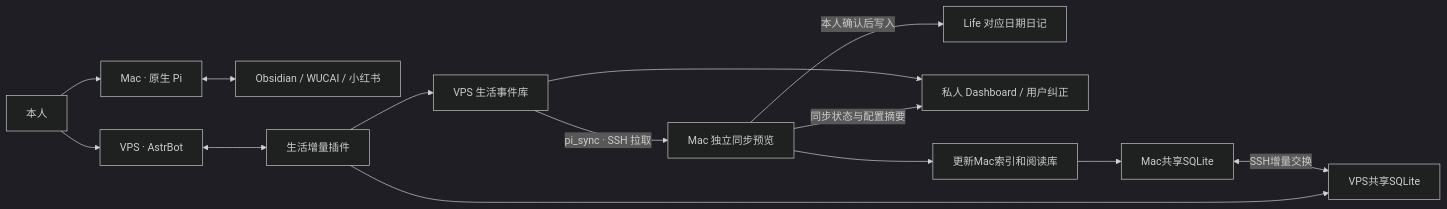
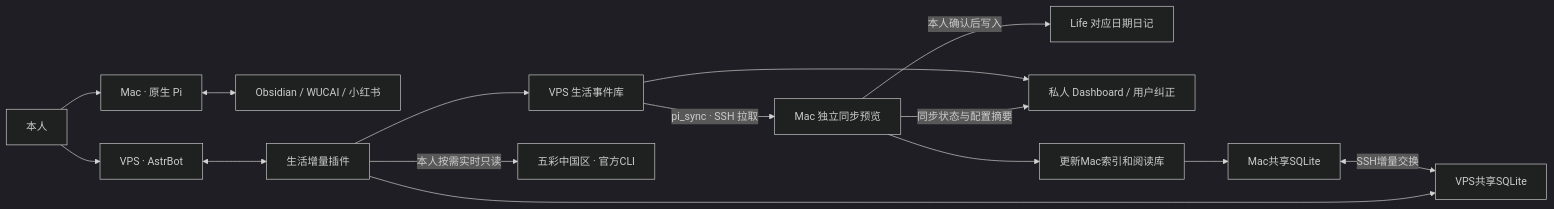
Before and after one commit to Corele-one/personal_asis: the diagram in SPECIFICATION.md, drawn with Mermaid (dark theme). The commit also changed other lines of this file and 68 other files, not shown here.

````diff
--- a/SPECIFICATION.md
+++ b/SPECIFICATION.md
@@ -7,16 +7,17 @@
 ```mermaid
 flowchart LR
   User[本人] --> Pi[Mac · 原生 Pi]
   User --> Bot[VPS · AstrBot]
   Pi <--> Sources[Obsidian / WUCAI / 小红书]
   Bot <--> Plugin[生活增量插件]
   Plugin --> Events[VPS 生活事件库]
   Events -->|pi_sync · SSH 拉取| Preview[Mac 独立同步预览]
   Preview -->|本人确认后写入| Daily[Life 对应日期日记]
   Events --> Dashboard[私人 Dashboard / 用户纠正]
   Preview -->|同步状态与配置摘要| Dashboard
   Preview --> Refresh[更新Mac索引和阅读库]
   Refresh --> MacDB[Mac共享SQLite]
   MacDB <-->|SSH增量交换| VpsDB[VPS共享SQLite]
   Plugin --> VpsDB
+  Plugin -->|本人按需实时只读| WuCaiCLI[五彩中国区 · 官方CLI]
 ```
````
